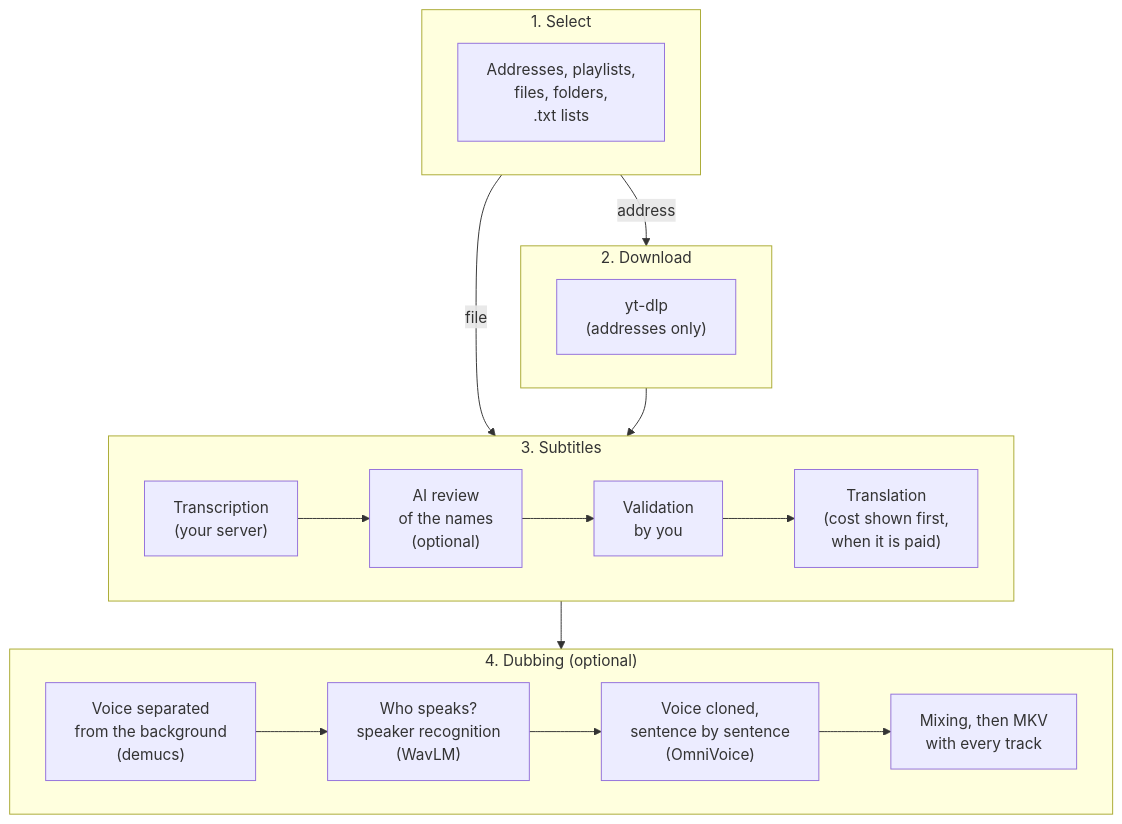
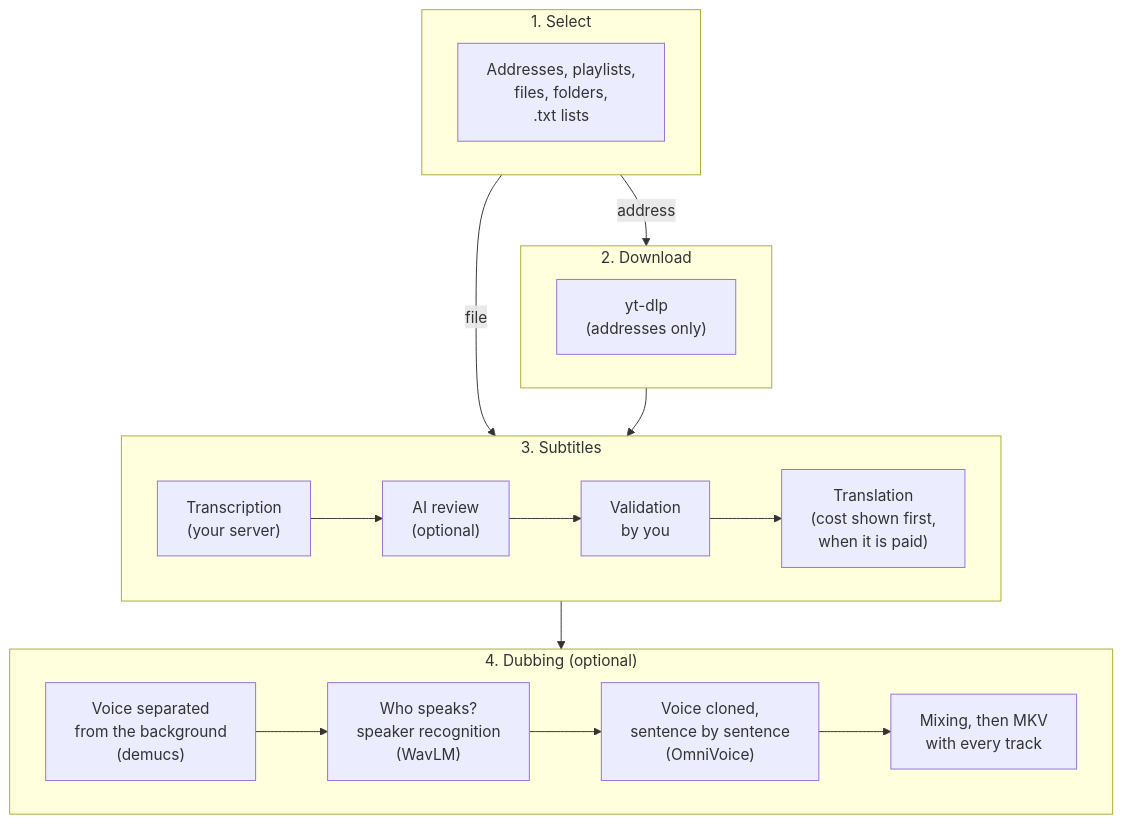
One commit to DamienBecherini/dl-sub-dub changed the diagram in README.md. Above: the diagram before and after it, drawn with Mermaid. The commit also changed other lines of this file and 60 other files, not shown here.

````diff
--- a/README.md
+++ b/README.md
@@ -42,21 +42,21 @@
 ```mermaid
 flowchart TB
   subgraph s1["1. Select"]
     add["Addresses, playlists,<br/>files, folders,<br/>.txt lists"]
   end
   subgraph s2["2. Download"]
     dl["yt-dlp<br/>(addresses only)"]
   end
   subgraph s3["3. Subtitles"]
     direction LR
-    tr["Transcription<br/>(your server)"] --> rev["AI review<br/>of the names<br/>(optional)"] --> val["Validation<br/>by you"] --> tl["Translation<br/>(cost shown first,<br/>when it is paid)"]
+    tr["Transcription<br/>(your server)"] --> rev["AI review<br/>(optional)"] --> val["Validation<br/>by you"] --> tl["Translation<br/>(cost shown first,<br/>when it is paid)"]
   end
   subgraph s4["4. Dubbing (optional)"]
     direction LR
     sep["Voice separated<br/>from the background<br/>(demucs)"] --> spk["Who speaks?<br/>speaker recognition<br/>(WavLM)"] --> dub["Voice cloned,<br/>sentence by sentence<br/>(OmniVoice)"] --> mkv["Mixing, then MKV<br/>with every track"]
   end
   s1 -->|"address"| s2
   s1 -->|"file"| s3
   s2 --> s3
   s3 --> s4
 ```
````
